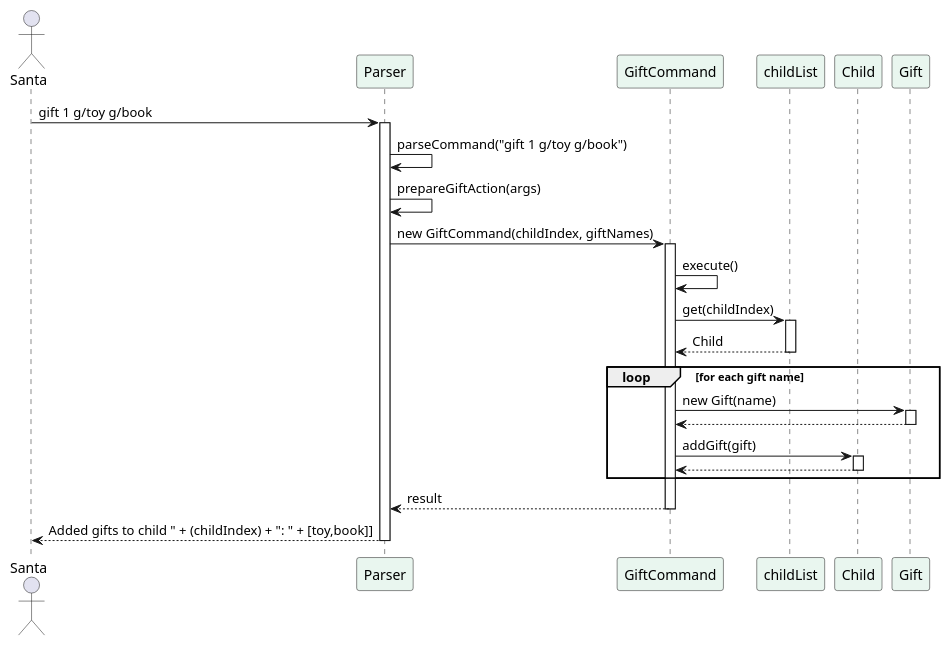
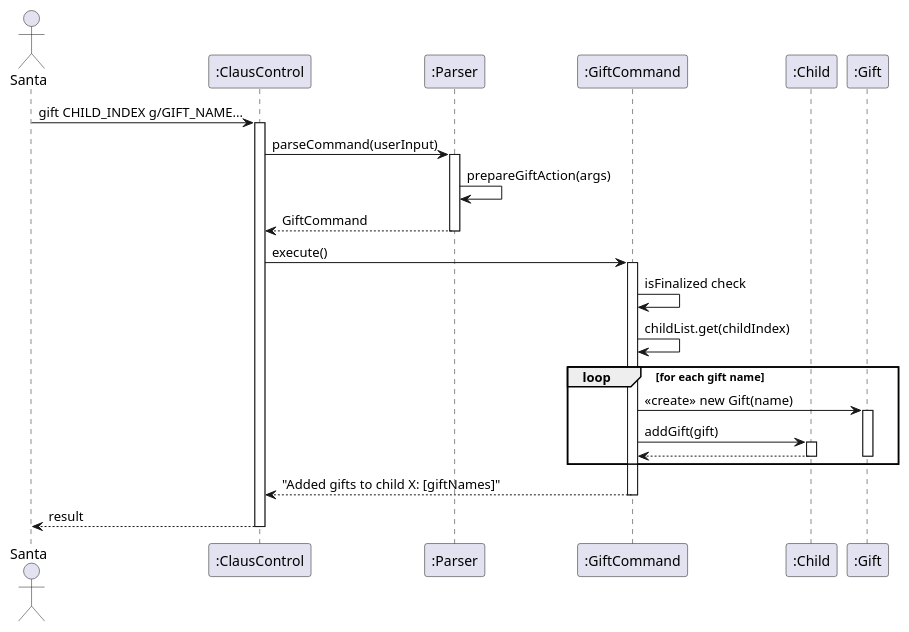
Before and after one commit to shrabasti-c/tp: the diagram in docs/diagrams/GiftSequenceDiagram.puml, drawn with PlantUML. The commit also changed 20 other files, not shown here.

Commit message:
Fix UML diagrams and fix bug in degift command

```diff
--- a/docs/diagrams/GiftSequenceDiagram.puml
+++ b/docs/diagrams/GiftSequenceDiagram.puml
@@ -1,44 +1,40 @@
 @startuml
+actor Santa
+participant ":ClausControl" as CC
+participant ":Parser" as Parser
+participant ":GiftCommand" as GC
+participant ":Child" as Child
+participant ":Gift" as Gift
 
-actor Santa
-participant Parser #E9F6EF
-participant GiftCommand #E9F6EF
-participant childList #E9F6EF
-participant Child #E9F6EF
-participant Gift #E9F6EF
+Santa -> CC : gift CHILD_INDEX g/GIFT_NAME...
+activate CC
 
-Santa -> Parser : gift 1 g/toy g/book
+CC -> Parser : parseCommand(userInput)
 activate Parser
+Parser -> Parser : prepareGiftAction(args)
+Parser --> CC : GiftCommand
+deactivate Parser
 
-Parser -> Parser : parseCommand("gift 1 g/toy g/book")
-Parser -> Parser : prepareGiftAction(args)
-Parser -> GiftCommand : new GiftCommand(childIndex, giftNames)
+CC -> GC : execute()
+activate GC
 
-activate GiftCommand
-
-GiftCommand -> GiftCommand : execute()
-
-GiftCommand -> childList : get(childIndex)
-activate childList
-childList --> GiftCommand : Child
-deactivate childList
+GC -> GC : isFinalized check
+GC -> GC : childList.get(childIndex)
 
 loop for each gift name
-    GiftCommand -> Gift : new Gift(name)
+    GC -> Gift : <<create>> new Gift(name)
     activate Gift
-    Gift --> GiftCommand
+    GC -> Child : addGift(gift)
+    activate Child
+    Child --> GC
+    deactivate Child
     deactivate Gift
-
-    GiftCommand -> Child : addGift(gift)
-    activate Child
-    Child --> GiftCommand
-    deactivate Child
 end
 
-GiftCommand --> Parser : result
-deactivate GiftCommand
+GC --> CC : "Added gifts to child X: [giftNames]"
+deactivate GC
 
-Parser --> Santa : Added gifts to child " + (childIndex) + ": " + [toy,book]]
-deactivate Parser
+CC --> Santa : result
+deactivate CC
 
 @enduml
```
